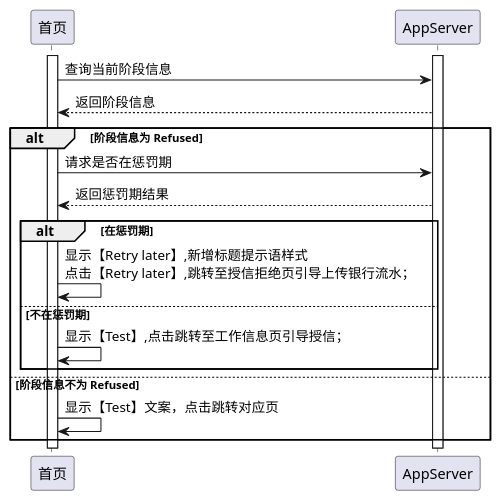
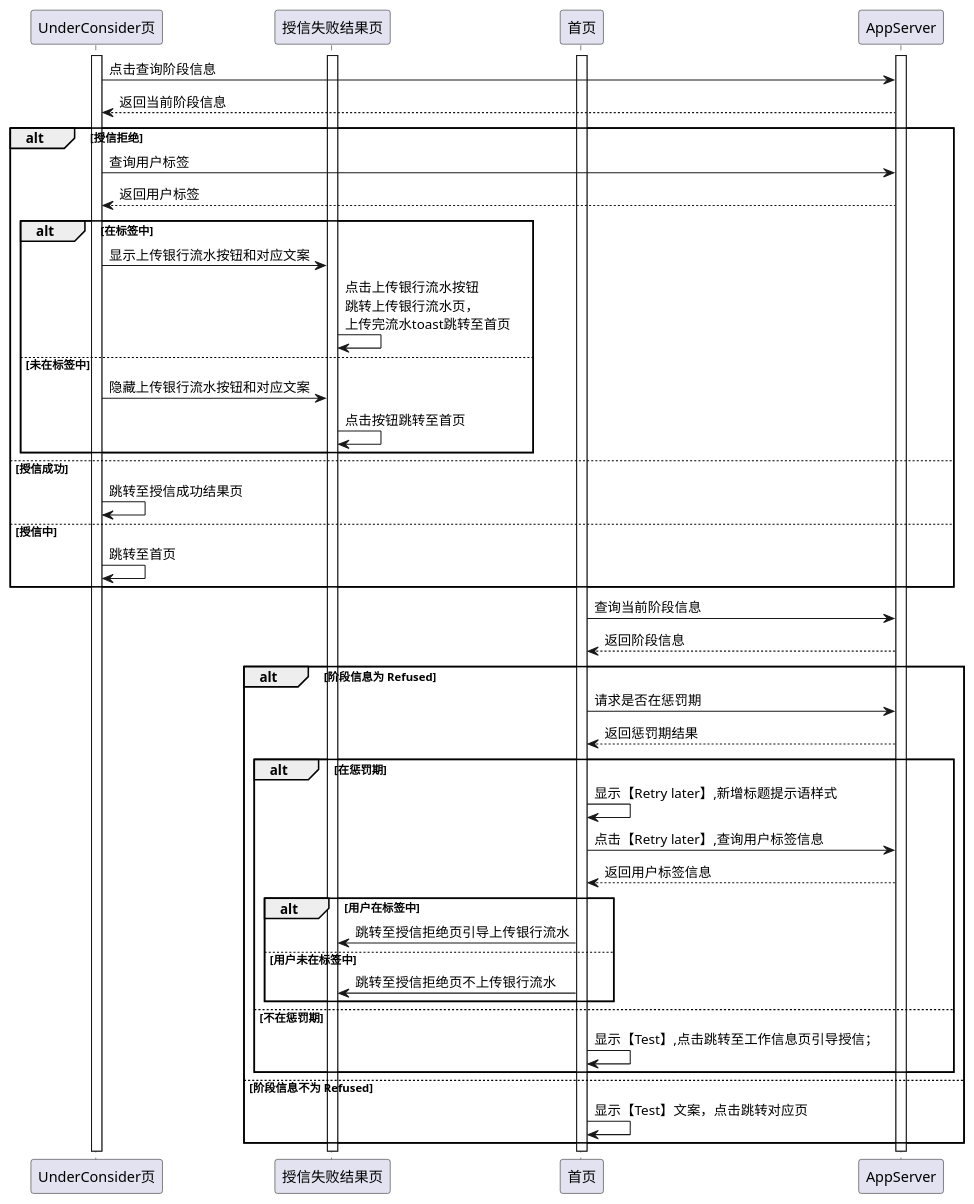
One commit to GodLike1113/KiKa changed the diagram in app/puml/creditRefusedActivity.puml. Above: the diagram before and after it, drawn with PlantUML. The commit also changed 1 other file, not shown here.

Commit message:
更新了下puml图

```diff
--- a/app/puml/creditRefusedActivity.puml
+++ b/app/puml/creditRefusedActivity.puml
@@ -1,19 +1,47 @@
 @startuml
+activate UnderConsider页
+activate 授信失败结果页
 activate 首页
 activate AppServer
+
+UnderConsider页->AppServer:点击查询阶段信息
+AppServer-->UnderConsider页:返回当前阶段信息
+    alt 授信拒绝
+    UnderConsider页->AppServer:查询用户标签
+    AppServer-->UnderConsider页:返回用户标签
+        alt 在标签中
+        UnderConsider页->授信失败结果页:显示上传银行流水按钮和对应文案
+        授信失败结果页->授信失败结果页:点击上传银行流水按钮\n跳转上传银行流水页，\n上传完流水toast跳转至首页
+        else 未在标签中
+         UnderConsider页->授信失败结果页:隐藏上传银行流水按钮和对应文案
+         授信失败结果页->授信失败结果页:点击按钮跳转至首页
+        end
+
+    else 授信成功
+    UnderConsider页->UnderConsider页:跳转至授信成功结果页
+    else 授信中
+    UnderConsider页->UnderConsider页:跳转至首页
+    end
 
 首页->AppServer:查询当前阶段信息
 AppServer-->首页:返回阶段信息
 
 alt 阶段信息为 Refused
 首页->AppServer:请求是否在惩罚期
 AppServer-->首页:返回惩罚期结果
     alt 在惩罚期
-    首页->首页:显示【Retry later】,新增标题提示语样式\n点击【Retry later】,跳转至授信拒绝页引导上传银行流水；
+    首页->首页:显示【Retry later】,新增标题提示语样式
+    首页->AppServer:点击【Retry later】,查询用户标签信息
+    AppServer-->首页:返回用户标签信息
+        alt 用户在标签中
+        首页->授信失败结果页:跳转至授信拒绝页引导上传银行流水
+        else 用户未在标签中
+         首页->授信失败结果页:跳转至授信拒绝页不上传银行流水
+        end
     else 不在惩罚期
     首页->首页:显示【Test】,点击跳转至工作信息页引导授信；
     end
 else 阶段信息不为 Refused
     首页->首页:显示【Test】文案，点击跳转对应页
 end
 @enduml
```
